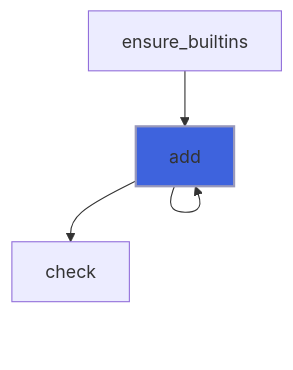
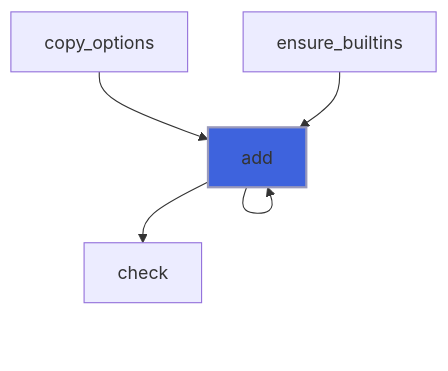
One commit to szaghi/FLAP changed diagram 14 of 37 in docs/api/src/lib/flap_command_line_arguments_group_t.md. Above: the diagram before and after it, drawn with Mermaid. The commit also changed other lines of this file and 13 other files, not shown here.

First line of the commit message:
feat(cli): copy_options, reusable option sets between commands

````diff
--- a/docs/api/src/lib/flap_command_line_arguments_group_t.md
+++ b/docs/api/src/lib/flap_command_line_arguments_group_t.md
@@ -532,7 +536,8 @@
 ```mermaid
 flowchart TD
   add["add"] --> add["add"]
+  copy_options["copy_options"] --> add["add"]
   ensure_builtins["ensure_builtins"] --> add["add"]
   add["add"] --> check["check"]
   style add fill:#3e63dd,stroke:#99b,stroke-width:2px
 ```
````
